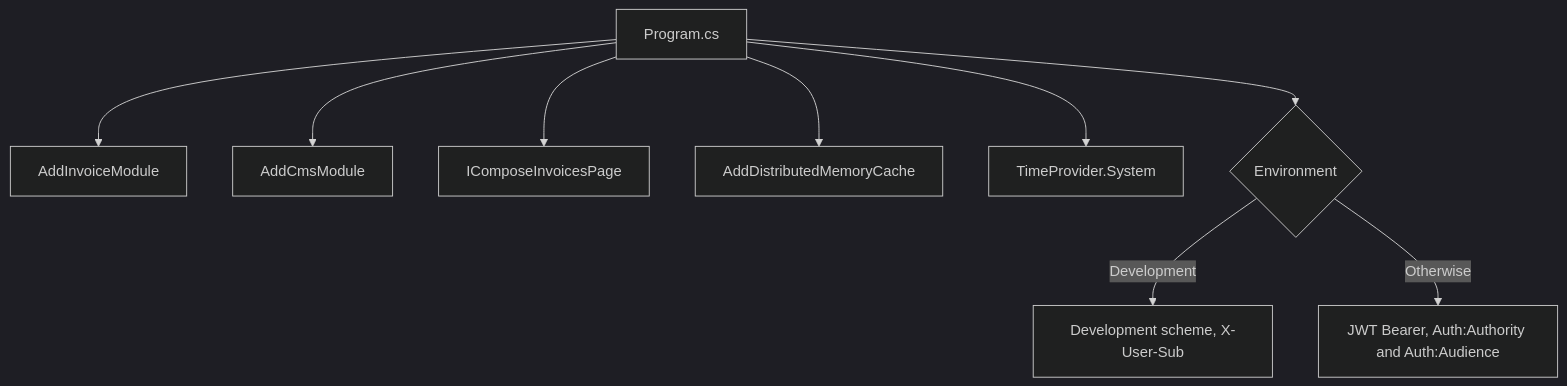
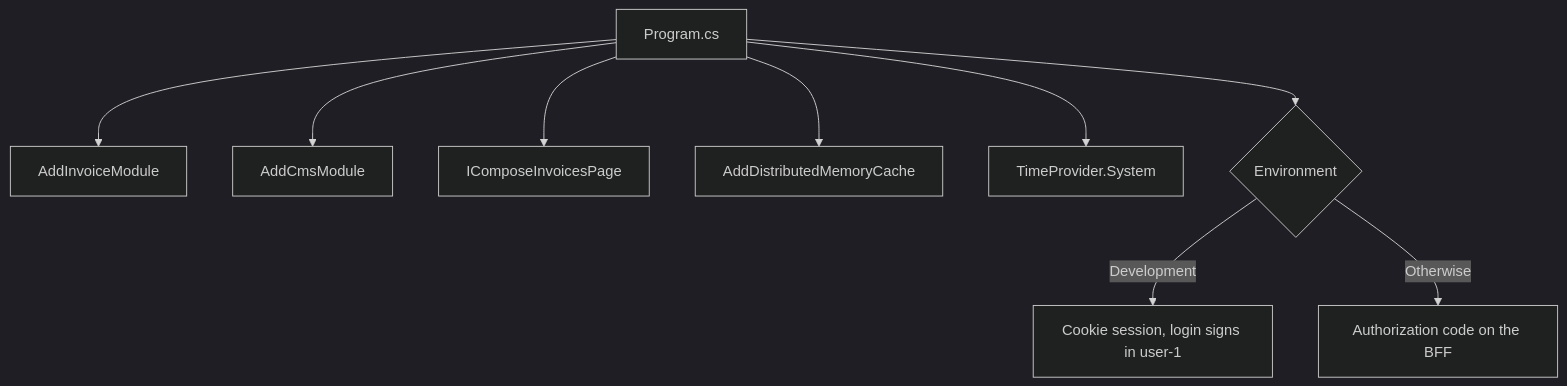
The third of 9 diagrams in docs/architecture.md (SDS37/CMS-Example), drawn with Mermaid (dark theme) before and after one commit. The commit also changed other lines of this file and 19 other files, not shown here.

First line of the commit message:
feat(auth): keep OAuth tokens in the BFF session

````diff
--- a/docs/architecture.md
+++ b/docs/architecture.md
@@ -61,11 +61,11 @@
 ```mermaid
 flowchart TD
     program[Program.cs] --> invoices[AddInvoiceModule]
     program --> cms[AddCmsModule]
     program --> composer["IComposeInvoicesPage"]
     program --> cache[AddDistributedMemoryCache]
     program --> clock[TimeProvider.System]
     program --> auth{Environment}
-    auth -->|Development| dev["Development scheme, X-User-Sub"]
-    auth -->|Otherwise| jwt["JWT Bearer, Auth:Authority and Auth:Audience"]
+    auth -->|Development| dev["Cookie session, login signs in user-1"]
+    auth -->|Otherwise| oidc["Authorization code on the BFF"]
 ```
````
